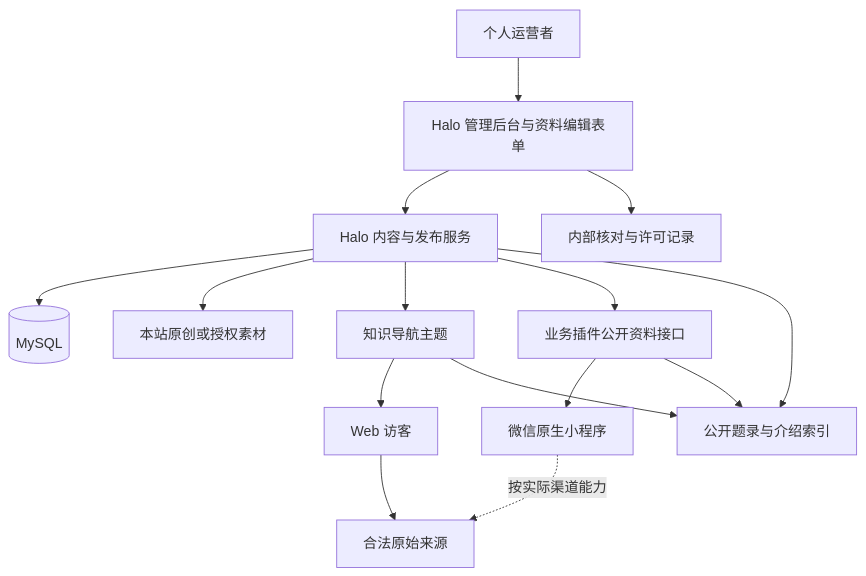
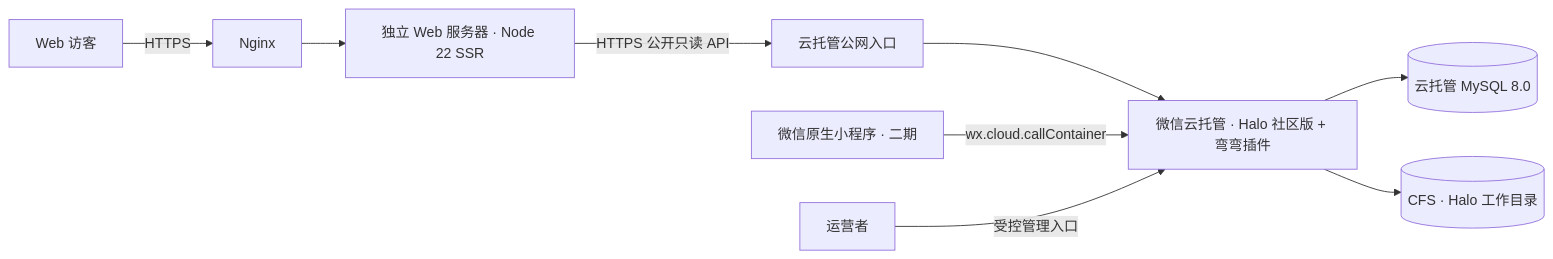
One commit to heizhuangzhuang/wanwan changed the diagram in docs/技术架构与实施方案.md. Above: the diagram before and after it, drawn with Mermaid. The commit also changed other lines of this file and 14 other files, not shown here.

Commit message:
docs: align development roadmap, requirements, and architecture

````diff
--- a/docs/技术架构与实施方案.md
+++ b/docs/技术架构与实施方案.md
@@ -21,17 +7,11 @@
 ```mermaid
-flowchart TB
-  Owner[个人运营者] --> Admin[Halo 管理后台与资料编辑表单]
-  Admin --> CMS[Halo 内容与发布服务]
-  CMS --> DB[(MySQL)]
-  CMS --> Asset[本站原创或授权素材]
-  CMS --> Theme[知识导航主题]
-  Theme --> Web[Web 访客]
-  CMS --> API[业务插件公开资料接口]
-  API --> Mini[微信原生小程序]
-  CMS --> Search[公开题录与介绍索引]
-  API --> Search
-  Theme --> Search
-  Web --> Origin[合法原始来源]
-  Mini -.按实际渠道能力.-> Origin
-  Admin --> Private[内部核对与许可记录]
+flowchart LR
+    Browser[Web 访客] -->|HTTPS| Nginx[Nginx]
+    Nginx --> SSR[独立 Web 服务器 · Node 22 SSR]
+    SSR -->|HTTPS 公开只读 API| Gateway[云托管公网入口]
+    Gateway --> Halo[微信云托管 · Halo 社区版 + 弯弯插件]
+    Mini[微信原生小程序 · 二期] -->|wx.cloud.callContainer| Halo
+    Editor[运营者] -->|受控管理入口| Halo
+    Halo --> MySQL[(云托管 MySQL 8.0)]
+    Halo --> CFS[(CFS · Halo 工作目录)]
 ```
````
